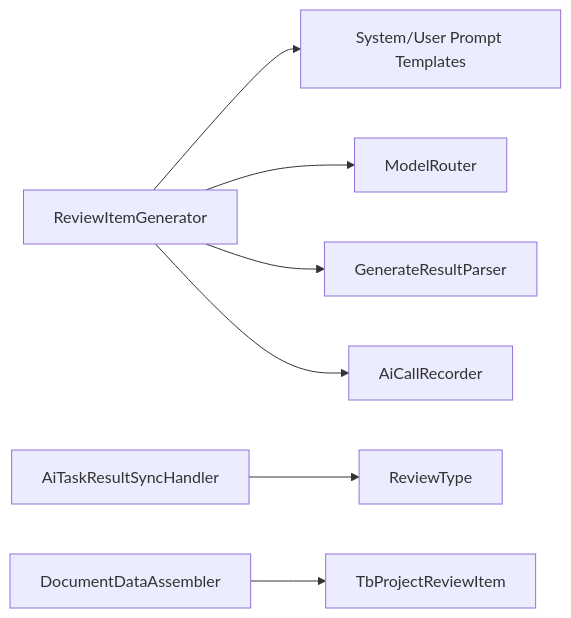
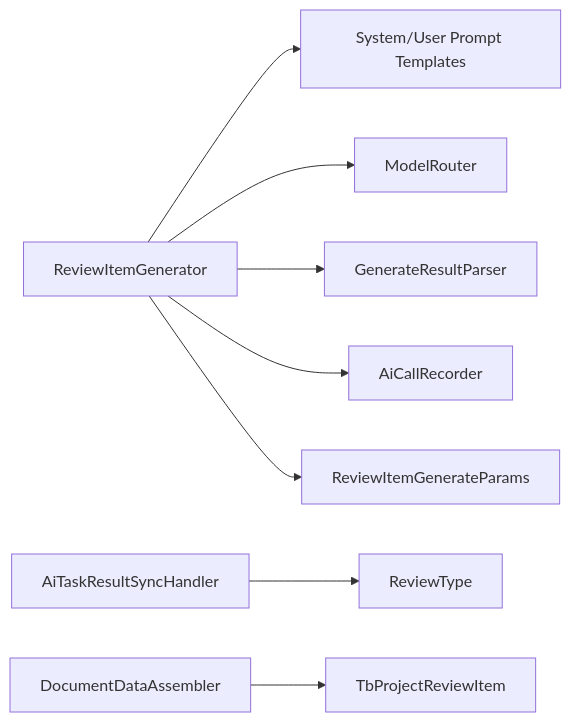
Before and after one commit to DrunkFood/First: the ninth of 9 diagrams in .qoder/repowiki/zh/content/AI功能集成/智能文档生成/审查项生成器.md, drawn with Mermaid. The commit also changed other lines of this file and 69 other files, not shown here.

````diff
--- a/.qoder/repowiki/zh/content/AI功能集成/智能文档生成/审查项生成器.md
+++ b/.qoder/repowiki/zh/content/AI功能集成/智能文档生成/审查项生成器.md
@@ -405,9 +449,10 @@
 ```mermaid
 graph LR
 Gen["ReviewItemGenerator"] --> Prompts["System/User Prompt Templates"]
 Gen --> Router["ModelRouter"]
 Gen --> Parser["GenerateResultParser"]
 Gen --> Recorder["AiCallRecorder"]
+Gen --> Params["ReviewItemGenerateParams"]
 Sync["AiTaskResultSyncHandler"] --> Enum["ReviewType"]
 Asm["DocumentDataAssembler"] --> Data["TbProjectReviewItem"]
 ```
````
